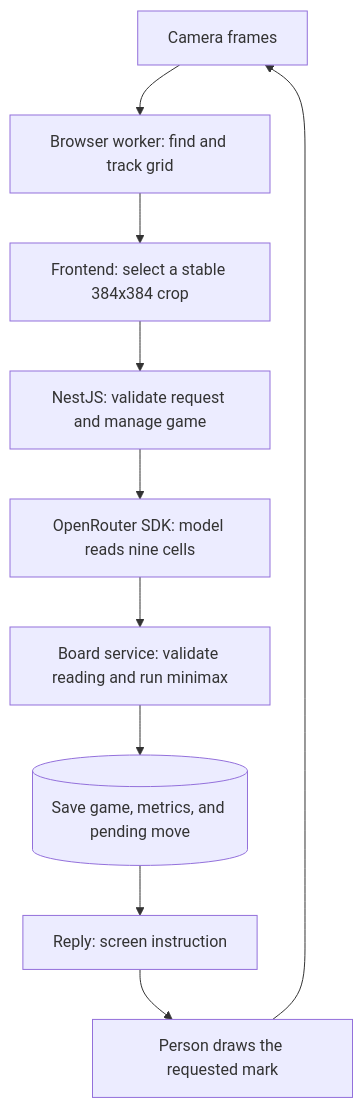
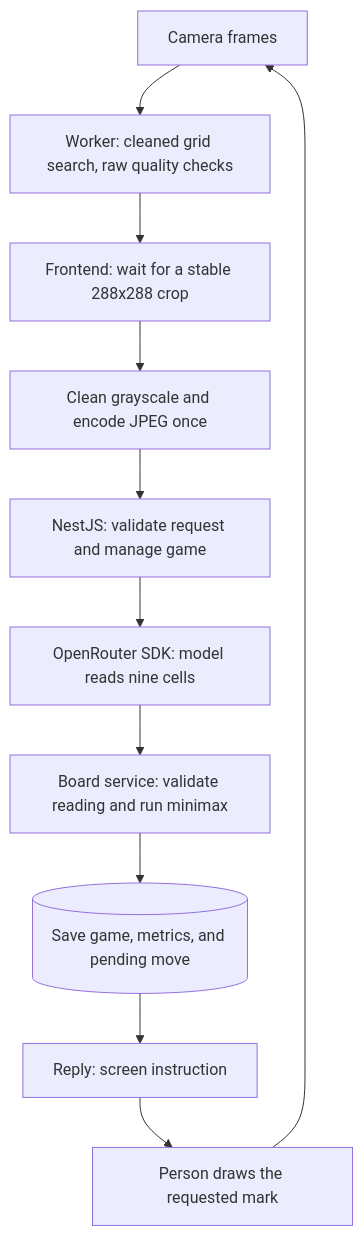
The first of 6 diagrams in docs/architecture.md (nitaiaharoni1/vistral-assignment), drawn with Mermaid before and after one commit. The commit also changed other lines of this file and 3 other files, not shown here.

Commit message:
Update architecture documentation and add reviewed PDF

````diff
--- a/docs/architecture.md
+++ b/docs/architecture.md
@@ -13,12 +13,13 @@
 ```mermaid
 flowchart TB
-  Camera["Camera frames"] --> Worker["Browser worker: find and track grid"]
-  Worker --> Client["Frontend: select a stable 384x384 crop"]
-  Client --> API["NestJS: validate request and manage game"]
+  Camera["Camera frames"] --> Worker["Worker: cleaned grid search, raw quality checks"]
+  Worker --> Client["Frontend: wait for a stable 288x288 crop"]
+  Client --> Clean["Clean grayscale and encode JPEG once"]
+  Clean --> API["NestJS: validate request and manage game"]
   API --> Reader["OpenRouter SDK: model reads nine cells"]
   Reader --> Board["Board service: validate reading and run minimax"]
   Board --> Save[("Save game, metrics, and pending move")]
   Save --> Reply["Reply: screen instruction"]
   Reply --> Human["Person draws the requested mark"]
   Human --> Camera
 ```
````
